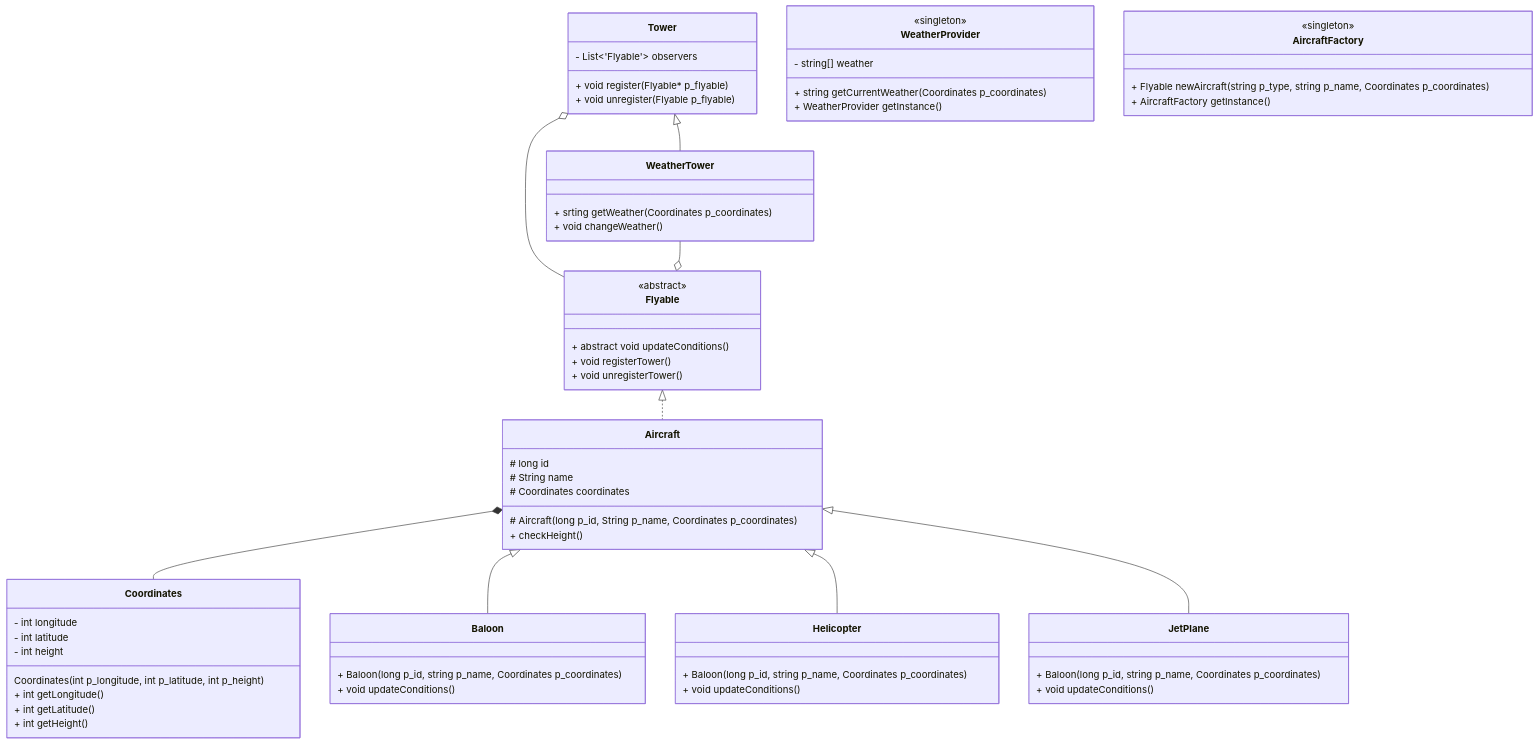
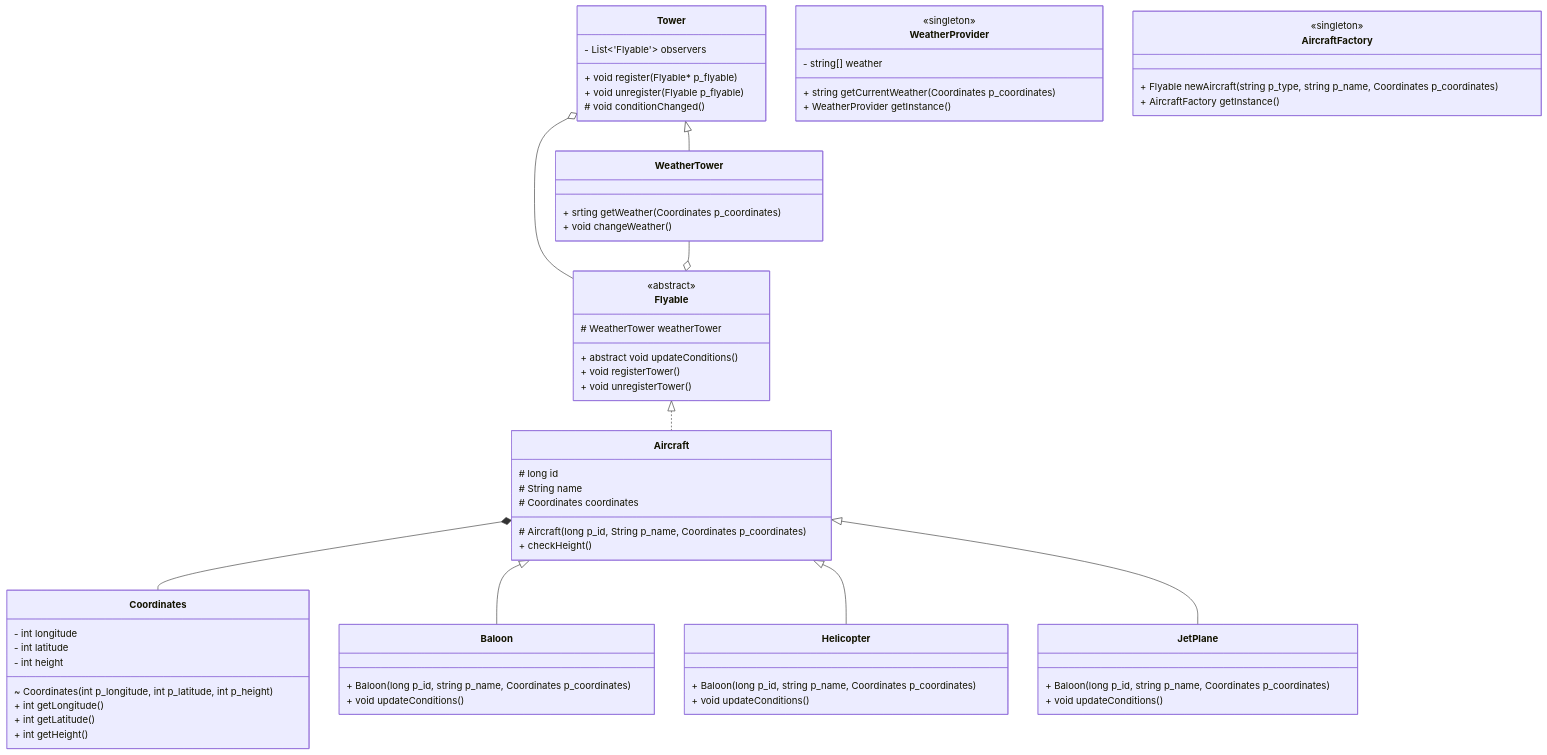
Before and after one commit to isilva-t/42.avaj-launcher: the diagram in README.md, drawn with Mermaid. The commit also changed other lines of this file, not shown here.

Commit message:
README update

```diff
--- a/README.md
+++ b/README.md
@@ -27,10 +29,12 @@
 
         + void register(Flyable* p_flyable)
         + void unregister(Flyable p_flyable)
+        # void conditionChanged()
     }
 
     class Flyable {
         <<abstract>>
+        # WeatherTower weatherTower
         + abstract void updateConditions()
         + void registerTower()
         + void unregisterTower()
@@ -51,7 +55,7 @@
         - int latitude
         - int height
 
-        Coordinates(int p_longitude, int p_latitude, int p_height)
+        ~ Coordinates(int p_longitude, int p_latitude, int p_height)
 
         + int getLongitude()
         + int getLatitude()
```
